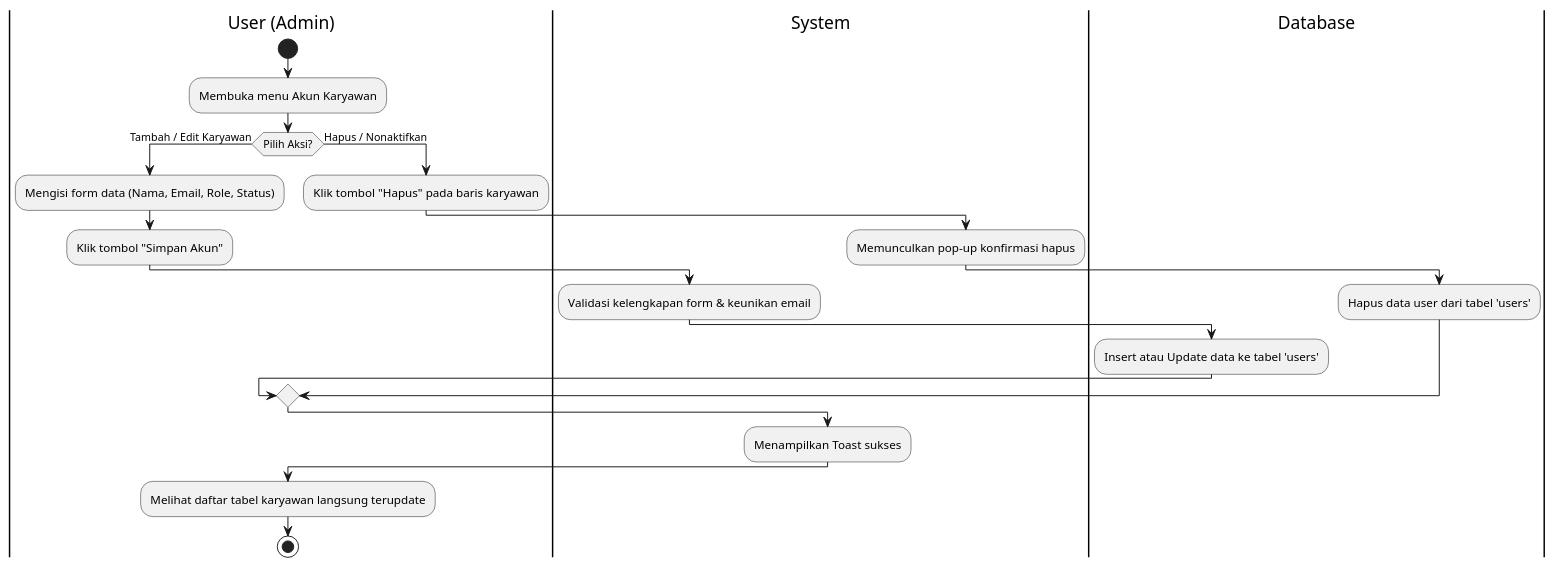
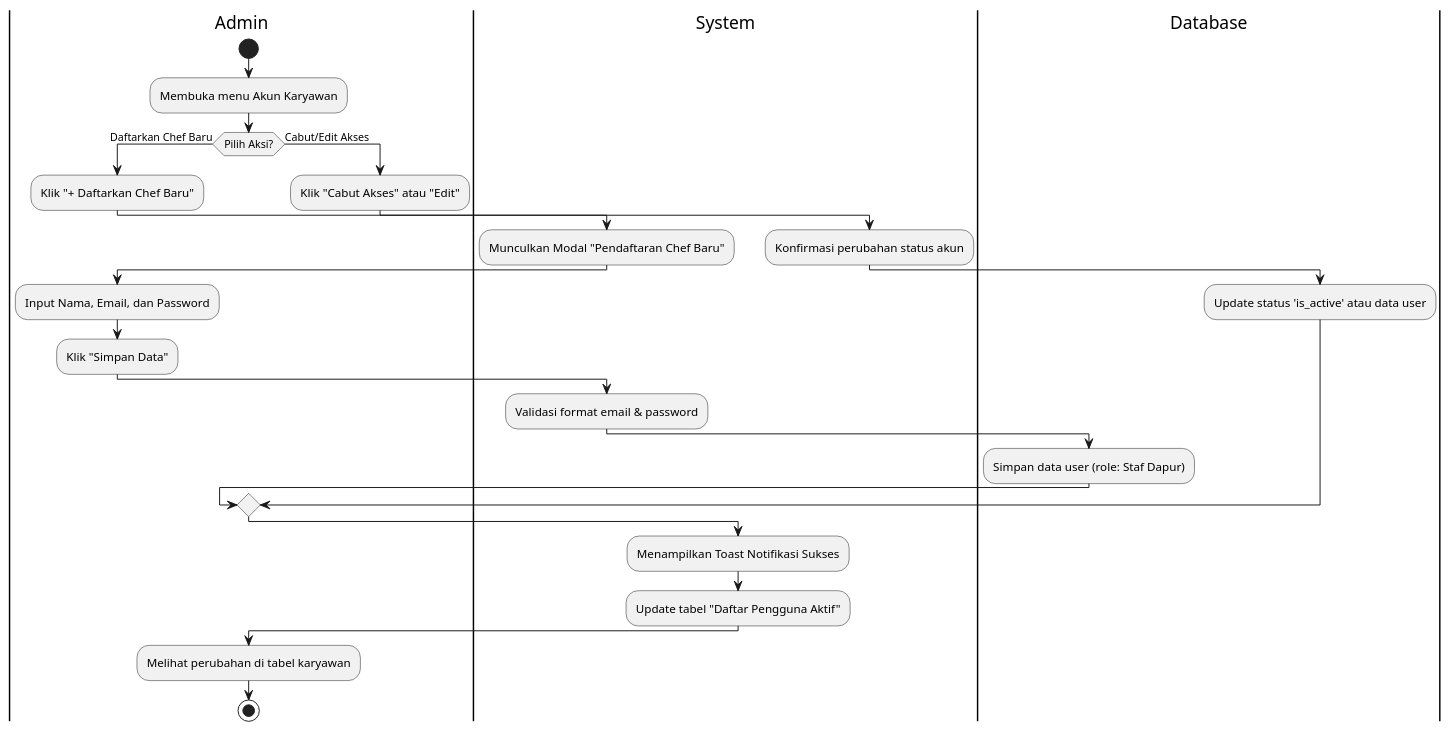
Before and after one commit to anandajuliar/projectpwf: the diagram in DiagramUML/Activity Diagram/Admin/kelolakaryawan.puml, drawn with PlantUML. The commit also changed 5 other files, not shown here.

Commit message:
update act diagram

```diff
--- a/DiagramUML/Activity Diagram/Admin/kelolakaryawan.puml
+++ b/DiagramUML/Activity Diagram/Admin/kelolakaryawan.puml
@@ -1,28 +1,32 @@
 @startuml
-|User (Admin)|
+|Admin|
 start
 :Membuka menu Akun Karyawan;
 
-if (Pilih Aksi?) then (Tambah / Edit Karyawan)
-    :Mengisi form data (Nama, Email, Role, Status);
-    :Klik tombol "Simpan Akun";
+if (Pilih Aksi?) then (Daftarkan Chef Baru)
+    :Klik "+ Daftarkan Chef Baru";
     |System|
-    :Validasi kelengkapan form & keunikan email;
+    :Munculkan Modal "Pendaftaran Chef Baru";
+    |Admin|
+    :Input Nama, Email, dan Password;
+    :Klik "Simpan Data";
+    |System|
+    :Validasi format email & password;
     |Database|
-    :Insert atau Update data ke tabel 'users';
-else (Hapus / Nonaktifkan)
-    |User (Admin)|
-    :Klik tombol "Hapus" pada baris karyawan;
+    :Simpan data user (role: Staf Dapur);
+else (Cabut/Edit Akses)
+    |Admin|
+    :Klik "Cabut Akses" atau "Edit";
     |System|
-    :Memunculkan pop-up konfirmasi hapus;
+    :Konfirmasi perubahan status akun;
     |Database|
-    :Hapus data user dari tabel 'users';
+    :Update status 'is_active' atau data user;
 endif
 
 |System|
-:Menampilkan Toast sukses;
-
-|User (Admin)|
-:Melihat daftar tabel karyawan langsung terupdate;
+:Menampilkan Toast Notifikasi Sukses;
+:Update tabel "Daftar Pengguna Aktif";
+|Admin|
+:Melihat perubahan di tabel karyawan;
 stop
 @enduml
```
